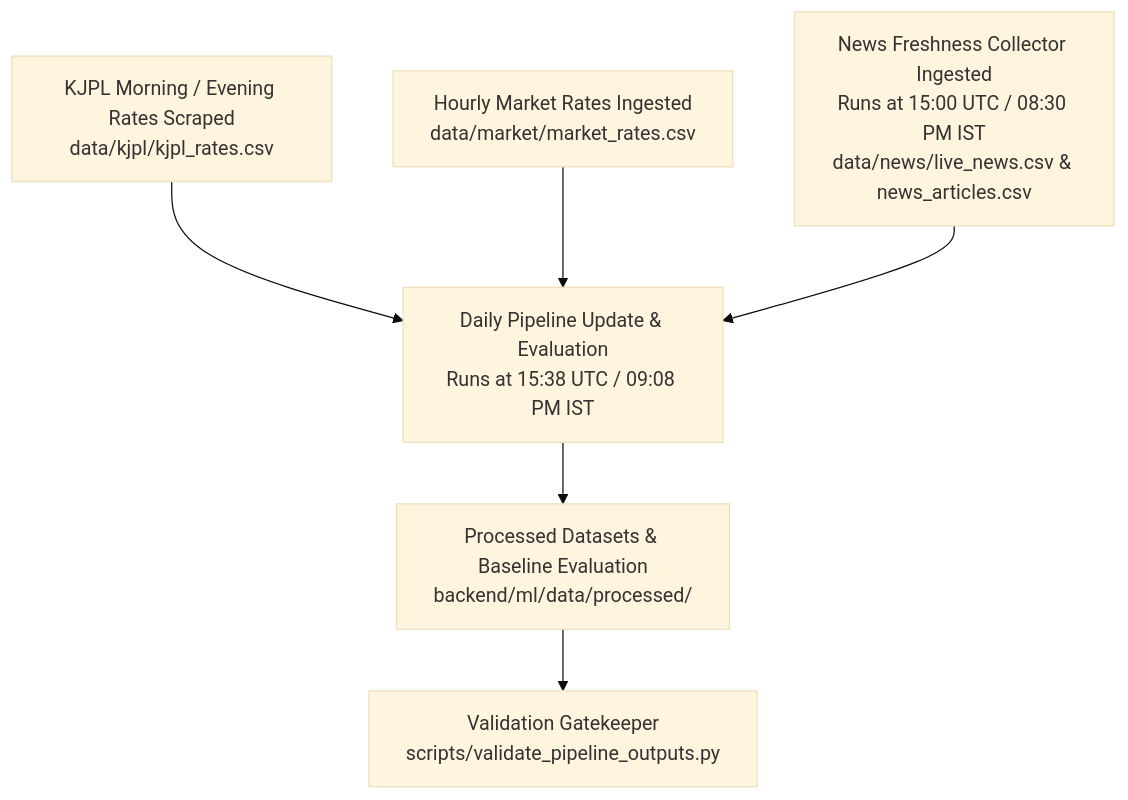
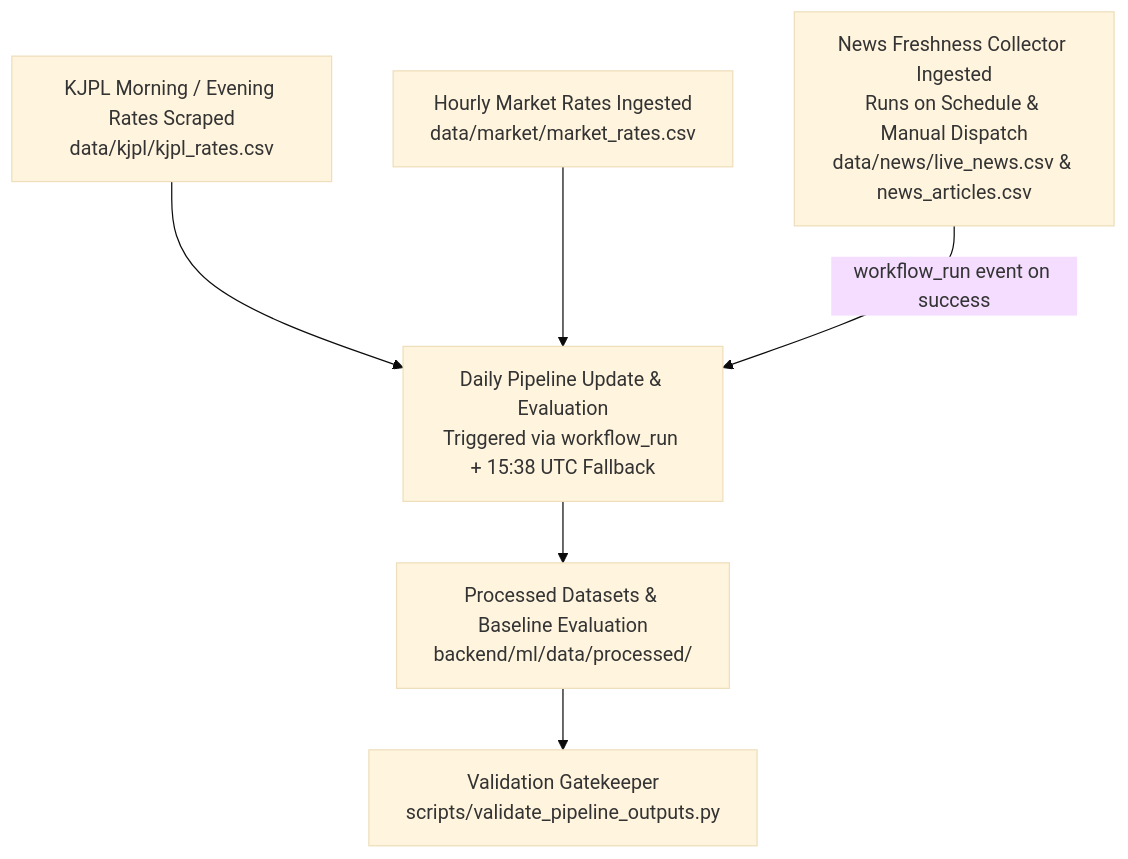
Before and after one commit to Dhruv-vm/GoldSense-AI: the diagram in docs/operations/SCHEDULED_JOBS.md, drawn with Mermaid (base theme). The commit also changed other lines of this file and 10 other files, not shown here.

Commit message:
fix(pipeline): guarantee workflow ordering, audit news driver classification, and decouple market freshness

````diff
--- a/docs/operations/SCHEDULED_JOBS.md
+++ b/docs/operations/SCHEDULED_JOBS.md
@@ -16,8 +16,8 @@
 ```mermaid
 flowchart TD
-    A[KJPL Morning / Evening Rates Scraped<br/>data/kjpl/kjpl_rates.csv] --> D[Daily Pipeline Update & Evaluation<br/>Runs at 15:38 UTC / 09:08 PM IST]
+    A[KJPL Morning / Evening Rates Scraped<br/>data/kjpl/kjpl_rates.csv] --> D
     B[Hourly Market Rates Ingested<br/>data/market/market_rates.csv] --> D
-    C[News Freshness Collector Ingested<br/>Runs at 15:00 UTC / 08:30 PM IST<br/>data/news/live_news.csv & news_articles.csv] --> D
+    C[News Freshness Collector Ingested<br/>Runs on Schedule & Manual Dispatch<br/>data/news/live_news.csv & news_articles.csv] -->|workflow_run event on success| D[Daily Pipeline Update & Evaluation<br/>Triggered via workflow_run + 15:38 UTC Fallback]
     D --> E[Processed Datasets & Baseline Evaluation<br/>backend/ml/data/processed/]
     E --> F[Validation Gatekeeper<br/>scripts/validate_pipeline_outputs.py]
 ```
````
